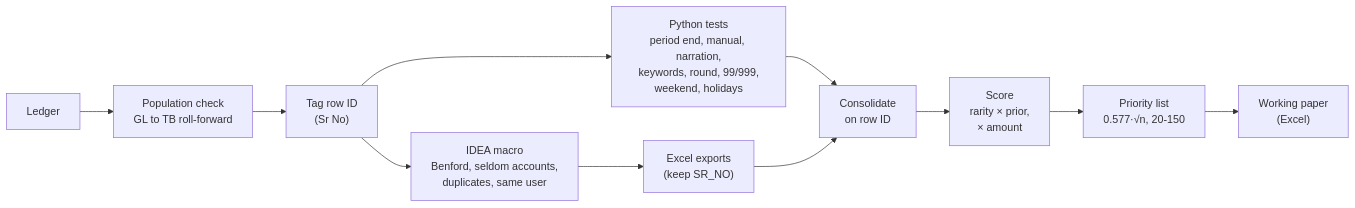
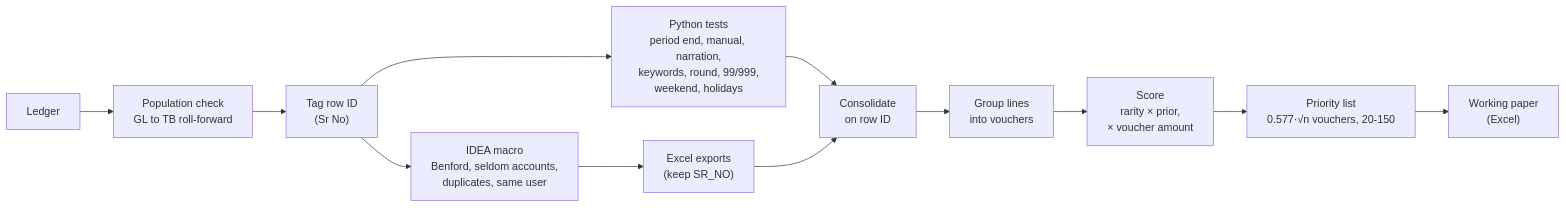
Before and after one commit to luke-menezes/gl-risk-scoring: the diagram in README.md, drawn with Mermaid. The commit also changed other lines of this file and 24 other files, not shown here.

First line of the commit message:
v0.6.0: score per voucher

````diff
--- a/README.md
+++ b/README.md
@@ -81,13 +81,14 @@
 ```mermaid
 flowchart LR
     A[Ledger] --> P["Population check<br/>GL to TB roll-forward"]
     P --> B["Tag row ID<br/>(Sr No)"]
     B --> C["Python tests<br/>period end, manual, narration,<br/>keywords, round, 99/999,<br/>weekend, holidays"]
     B --> D["IDEA macro<br/>Benford, seldom accounts,<br/>duplicates, same user"]
     D --> E["Excel exports<br/>(keep SR_NO)"]
     C --> F["Consolidate<br/>on row ID"]
     E --> F
-    F --> G["Score<br/>rarity × prior,<br/>× amount"]
-    G --> H["Priority list<br/>0.577·√n, 20-150"]
+    F --> V["Group lines<br/>into vouchers"]
+    V --> G["Score<br/>rarity × prior,<br/>× voucher amount"]
+    G --> H["Priority list<br/>0.577·√n vouchers, 20-150"]
     H --> W["Working paper<br/>(Excel)"]
 ```
````
